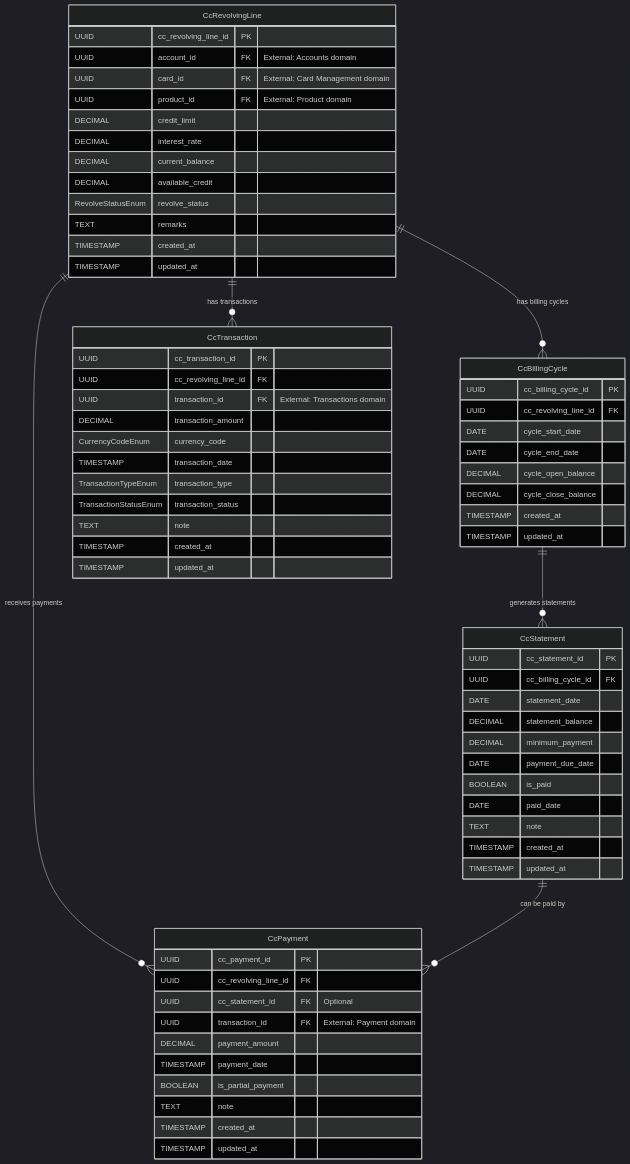
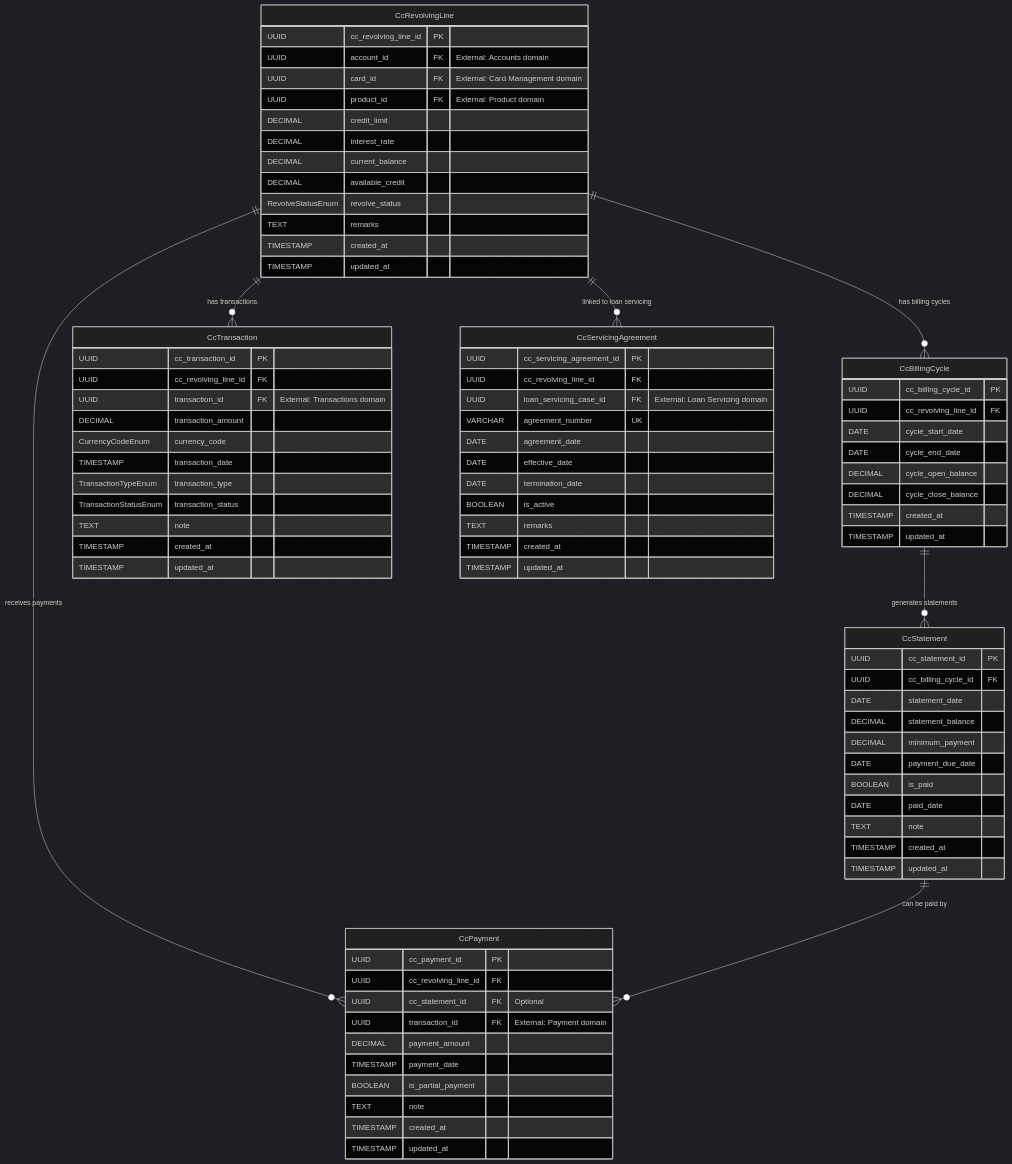
The diagram in README.md (firefly-oss/core-lending-credit-cards), drawn with Mermaid (dark theme) before and after one commit. The commit also changed other lines of this file, not shown here.

Commit message:
docs: update README with servicing agreement documentation
- Add CcServicingAgreement entity to ERD diagram
- Document servicing agreement API endpoints
- Add V5 migration to database section
- Include loan servicing integration point
- Update entity relationships showing link between revolving lines and servicing agreements

````diff
--- a/README.md
+++ b/README.md
@@ -155,10 +155,25 @@
         TIMESTAMP created_at
         TIMESTAMP updated_at
     }
-    
+
+    CcServicingAgreement {
+        UUID cc_servicing_agreement_id PK
+        UUID cc_revolving_line_id FK
+        UUID loan_servicing_case_id FK "External: Loan Servicing domain"
+        VARCHAR agreement_number UK
+        DATE agreement_date
+        DATE effective_date
+        DATE termination_date
+        BOOLEAN is_active
+        TEXT remarks
+        TIMESTAMP created_at
+        TIMESTAMP updated_at
+    }
+
     CcRevolvingLine ||--o{ CcBillingCycle : "has billing cycles"
     CcBillingCycle ||--o{ CcStatement : "generates statements"
     CcRevolvingLine ||--o{ CcTransaction : "has transactions"
     CcRevolvingLine ||--o{ CcPayment : "receives payments"
     CcStatement ||--o{ CcPayment : "can be paid by"
+    CcRevolvingLine ||--o{ CcServicingAgreement : "linked to loan servicing"
 ```
````
